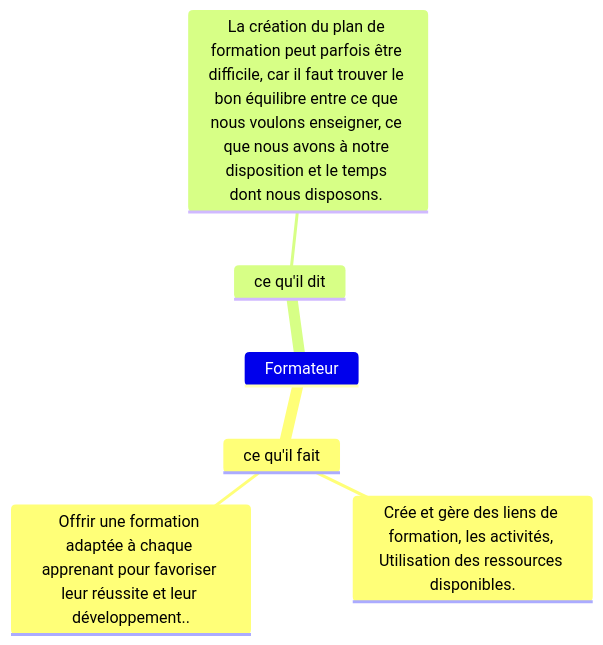
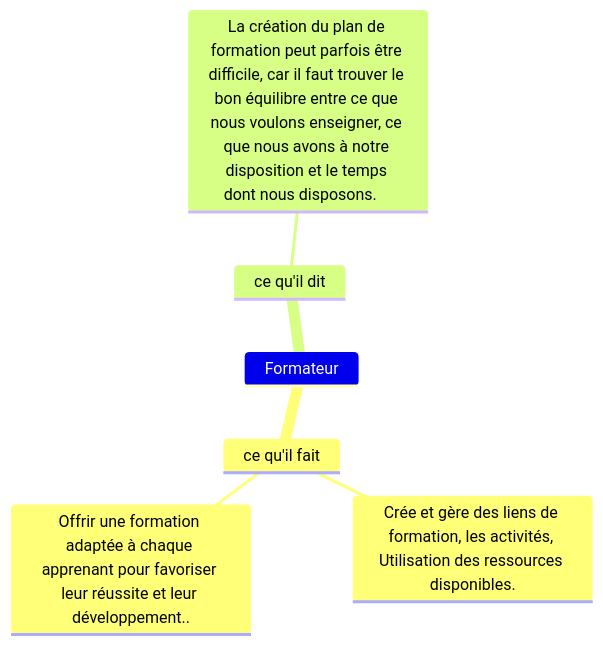
One commit to solicoders/soli-lms changed the diagram in modélisation/pkg_formations/carte-empathie.mmd. Above: the diagram before and after it, drawn with Mermaid. The commit also changed 2 other files, not shown here.

```diff
--- a/modélisation/pkg_formations/carte-empathie.mmd
+++ b/modélisation/pkg_formations/carte-empathie.mmd
@@ -1,13 +1,13 @@
 %% @config(../mindmap-config.json)
 mindmap
 Formateur
 
        ce qu'il fait
         Crée et gère des liens de formation, les activités, Utilisation des ressources disponibles.
         Offrir une formation adaptée à chaque apprenant pour favoriser leur réussite et leur développement..
 
         
 
       ce qu'il dit
 
-        La création du plan de formation peut parfois être difficile, car il faut trouver le bon équilibre entre ce que nous voulons enseigner, ce que nous avons à notre disposition et le temps dont nous disposons. 
+        La création du plan de formation peut parfois être difficile, car il faut trouver le bon équilibre entre ce que nous voulons enseigner, ce que nous avons à notre disposition et le temps dont nous disposons.    
```
